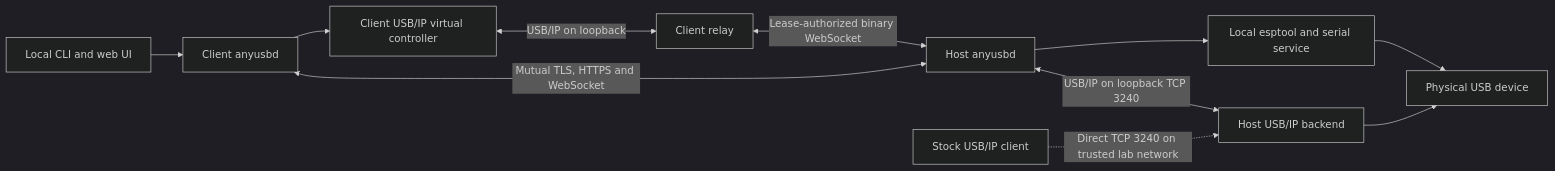
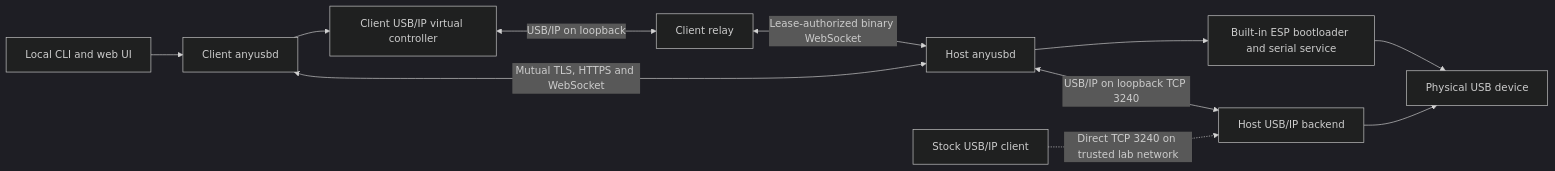
One commit to anmh1205/anyusb changed the diagram in docs/architecture.md. Above: the diagram before and after it, drawn with Mermaid (dark theme). The commit also changed other lines of this file and 8 other files, not shown here.

Commit message:
docs: update architecture, API specs, hardware reports, and changelog

````diff
--- a/docs/architecture.md
+++ b/docs/architecture.md
@@ -22,13 +22,13 @@
 ```mermaid
 flowchart LR
     CLI[Local CLI and web UI] --> C[Client anyusbd]
     C <-->|Mutual TLS, HTTPS and WebSocket| H[Host anyusbd]
     C --> V[Client USB/IP virtual controller]
     V <-->|USB/IP on loopback| R[Client relay]
     R <-->|Lease-authorized binary WebSocket| H
     H <-->|USB/IP on loopback TCP 3240| S[Host USB/IP backend]
     T[Stock USB/IP client] -.->|Direct TCP 3240 on trusted lab network| S
-    H --> E[Local esptool and serial service]
+    H --> E[Built-in ESP bootloader and serial service]
     S --> U[Physical USB device]
     E --> U
 ```
````
